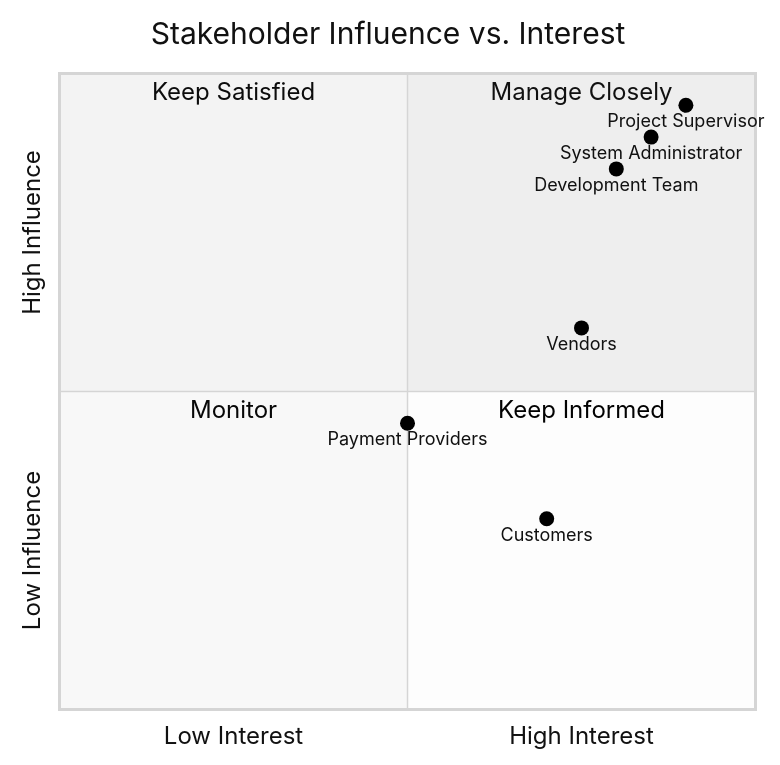
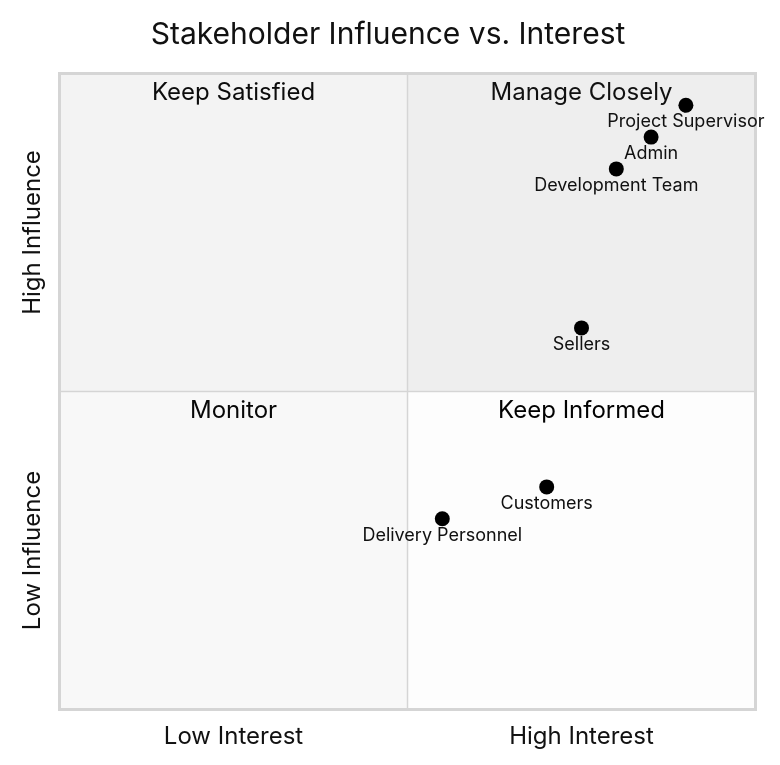
The diagram in Stakeholders Analysis.md (Mahmoud-1905/Smart-Furniture-Store), drawn with Mermaid (neutral theme) before and after one commit. The commit also changed other lines of this file, not shown here.

````diff
--- a/Stakeholders Analysis.md
+++ b/Stakeholders Analysis.md
@@ -16,17 +16,17 @@
 ```mermaid
 quadrantChart
     title Stakeholder Influence vs. Interest
     x-axis Low Interest --> High Interest
     y-axis Low Influence --> High Influence
     quadrant-1 Manage Closely
     quadrant-2 Keep Satisfied
     quadrant-3 Monitor
     quadrant-4 Keep Informed
     "Project Supervisor": [0.90, 0.95]
-    "System Administrator": [0.85, 0.90]
+    "Admin": [0.85, 0.90]
     "Development Team": [0.80, 0.85]
-    "Vendors": [0.75, 0.60]
-    "Customers": [0.70, 0.30]
-    "Payment Providers": [0.50, 0.45]
+    "Sellers": [0.75, 0.60]
+    "Customers": [0.70, 0.35]
+    "Delivery Personnel": [0.55, 0.30]
 
    ```
````
